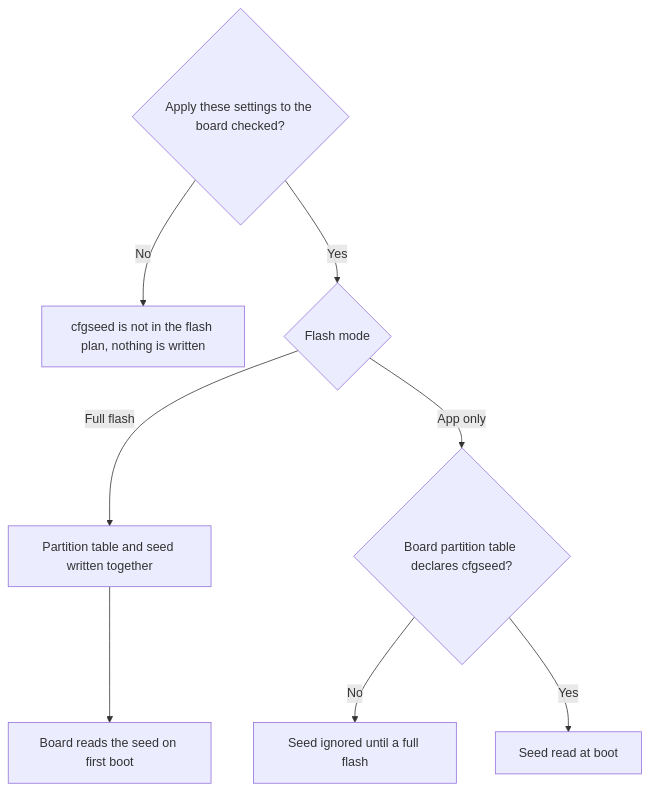
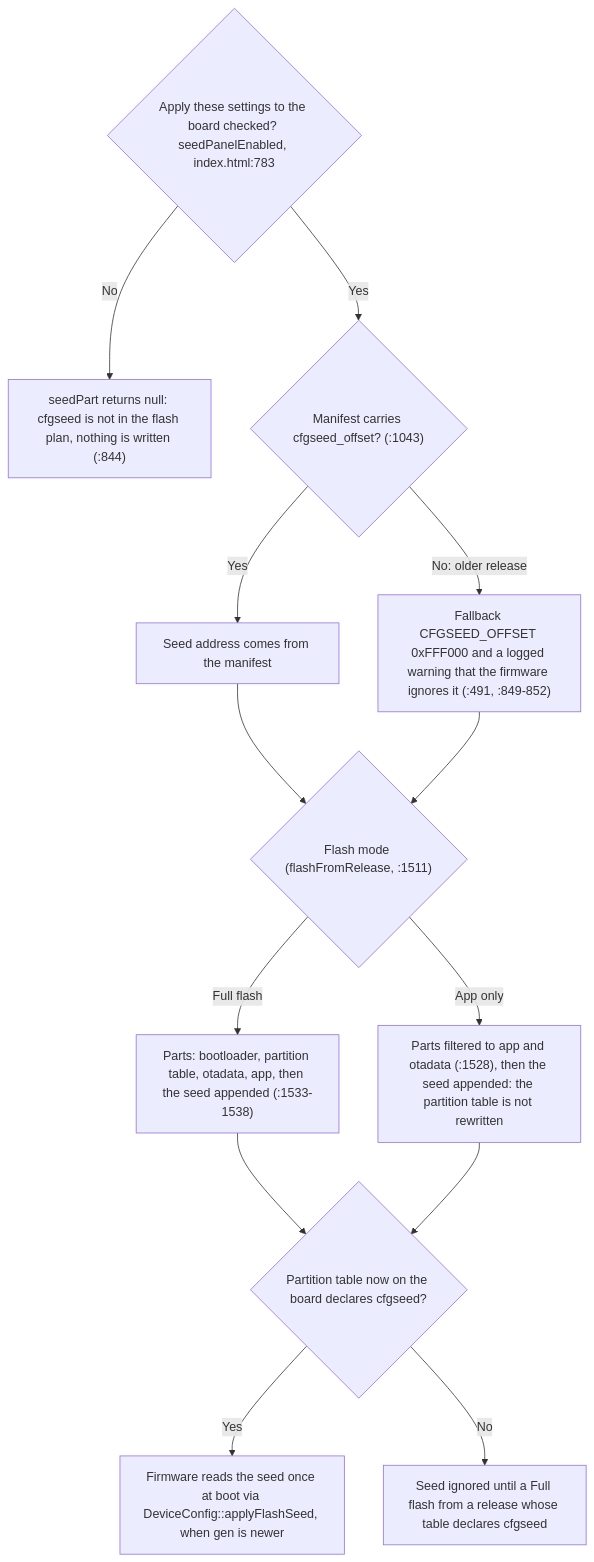
The second of 2 diagrams in docs/flasher/README.md (GlomarGadaffi/pocket-dial), drawn with Mermaid before and after one commit. The commit also changed other lines of this file and 29 other files, not shown here.

First line of the commit message:
docs: make the Mermaid diagrams exact against main (#1105)

````diff
--- a/docs/flasher/README.md
+++ b/docs/flasher/README.md
@@ -235,10 +244,15 @@
 ```mermaid
 flowchart TD
-    A{"Apply these settings to the board checked?"} -->|No| B["cfgseed is not in the flash plan, nothing is written"]
-    A -->|Yes| C{"Flash mode"}
-    C -->|Full flash| D["Partition table and seed written together"]
-    D --> E["Board reads the seed on first boot"]
-    C -->|App only| F{"Board partition table declares cfgseed?"}
-    F -->|No| G["Seed ignored until a full flash"]
-    F -->|Yes| H["Seed read at boot"]
+    A{"Apply these settings to the board checked? seedPanelEnabled, index.html:783"} -->|No| B["seedPart returns null: cfgseed is not in the flash plan, nothing is written (:844)"]
+    A -->|Yes| M{"Manifest carries cfgseed_offset? (:1043)"}
+    M -->|Yes| MA["Seed address comes from the manifest"]
+    M -->|"No: older release"| MB["Fallback CFGSEED_OFFSET 0xFFF000 and a logged warning that the firmware ignores it (:491, :849-852)"]
+    MA --> C{"Flash mode (flashFromRelease, :1511)"}
+    MB --> C
+    C -->|Full flash| D["Parts: bootloader, partition table, otadata, app, then the seed appended (:1533-1538)"]
+    C -->|"App only"| E["Parts filtered to app and otadata (:1528), then the seed appended: the partition table is not rewritten"]
+    D --> F{"Partition table now on the board declares cfgseed?"}
+    E --> F
+    F -->|Yes| G["Firmware reads the seed once at boot via DeviceConfig::applyFlashSeed, when gen is newer"]
+    F -->|No| H["Seed ignored until a Full flash from a release whose table declares cfgseed"]
 ```
````
